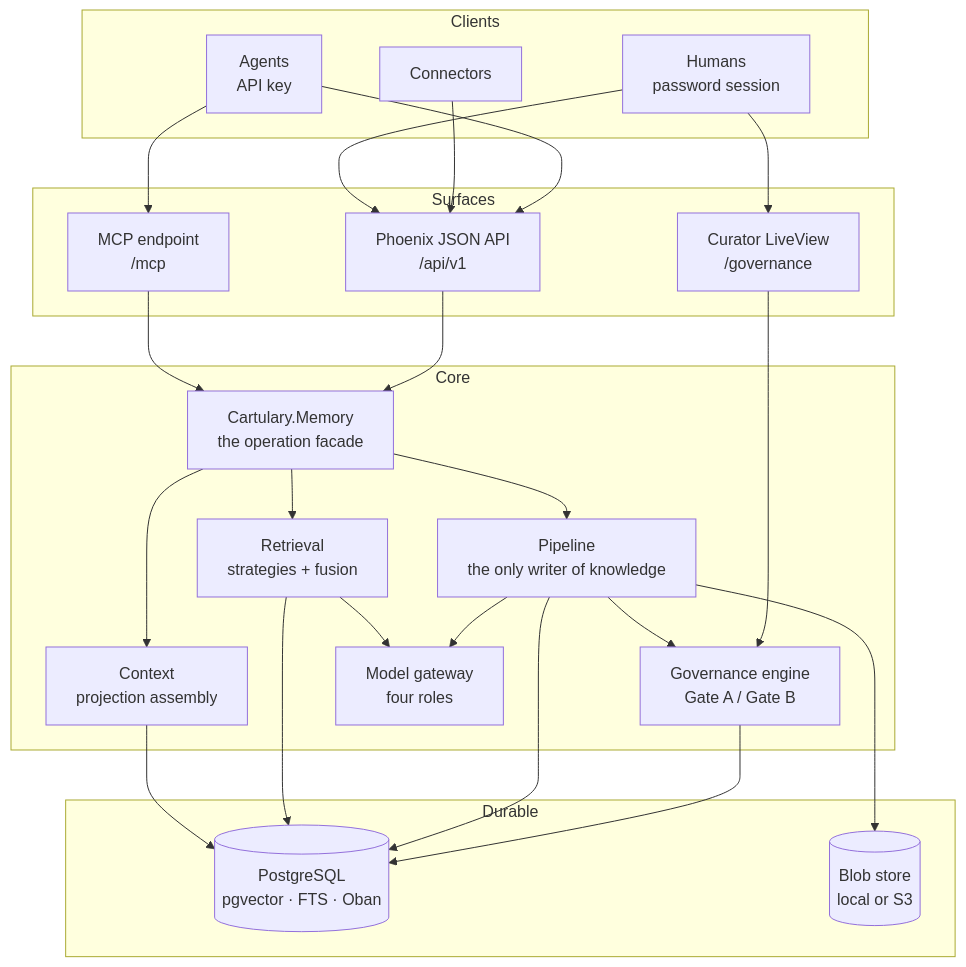
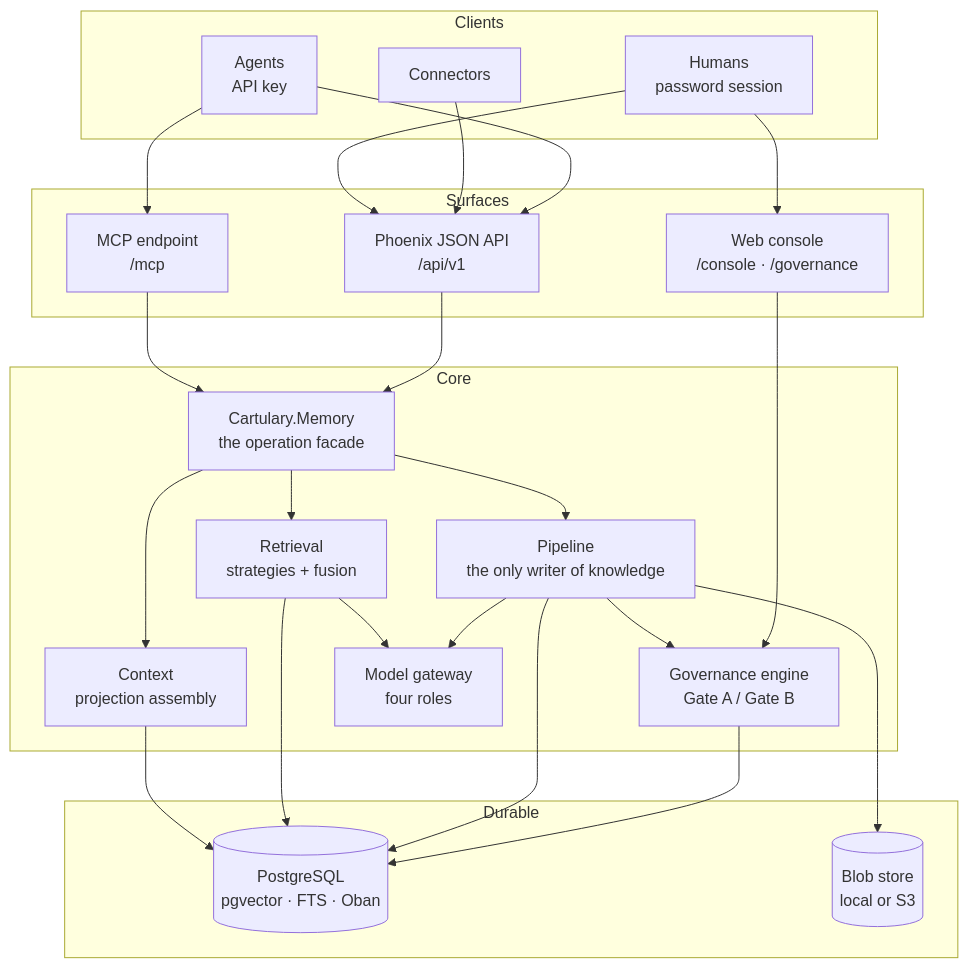
The first of 2 diagrams in docs/concepts/index.md (cartularyhq/cartulary), drawn with Mermaid before and after one commit. The commit also changed 41 other files, not shown here.

````diff
--- a/docs/concepts/index.md
+++ b/docs/concepts/index.md
@@ -9,50 +9,50 @@
 ```mermaid
 flowchart TB
     subgraph Clients
         AG[Agents<br/>API key]
         HU[Humans<br/>password session]
         CN[Connectors]
     end
 
     subgraph Surfaces
         HTTP["Phoenix JSON API<br/>/api/v1"]
         MCP["MCP endpoint<br/>/mcp"]
-        LV["Curator LiveView<br/>/governance"]
+        LV["Web console<br/>/console · /governance"]
     end
 
     subgraph Core
         MEM["Cartulary.Memory<br/>the operation facade"]
         PIPE["Pipeline<br/>the only writer of knowledge"]
         GOV["Governance engine<br/>Gate A / Gate B"]
         RET["Retrieval<br/>strategies + fusion"]
         CTX["Context<br/>projection assembly"]
         MOD["Model gateway<br/>four roles"]
     end
 
     subgraph Durable
         PG[("PostgreSQL<br/>pgvector · FTS · Oban")]
         BLOB[("Blob store<br/>local or S3")]
     end
 
     AG --> HTTP
     AG --> MCP
     CN --> HTTP
     HU --> HTTP
     HU --> LV
 
     HTTP --> MEM
     MCP --> MEM
     LV --> GOV
 
     MEM --> PIPE
     MEM --> RET
     MEM --> CTX
     PIPE --> GOV
     PIPE --> MOD
     RET --> MOD
     GOV --> PG
     PIPE --> PG
     RET --> PG
     CTX --> PG
     PIPE --> BLOB
 ```
````
